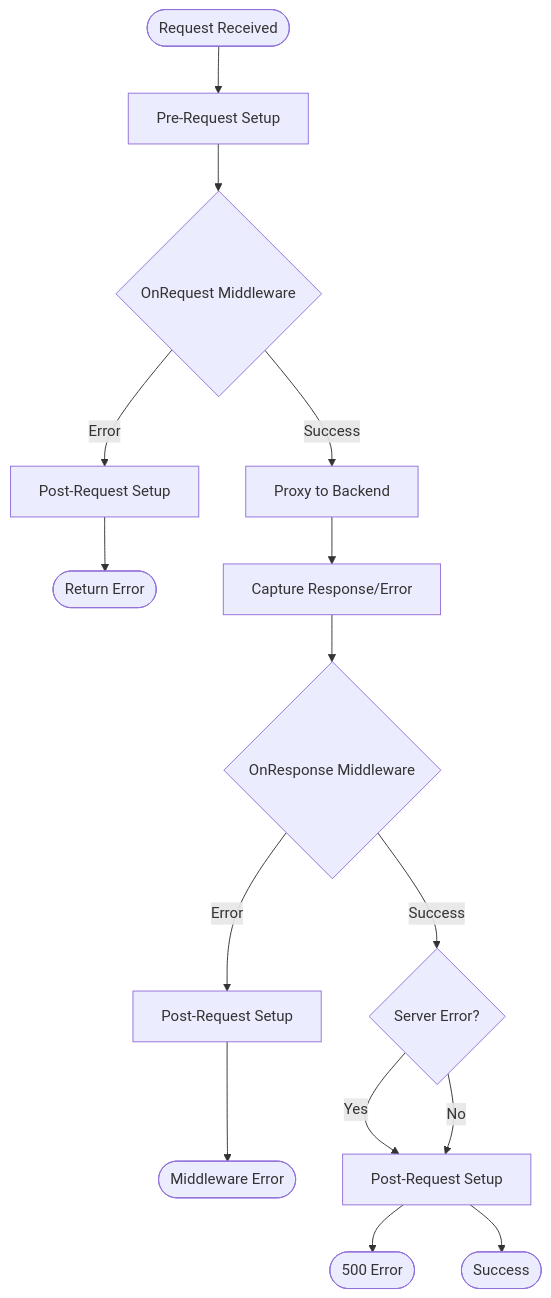
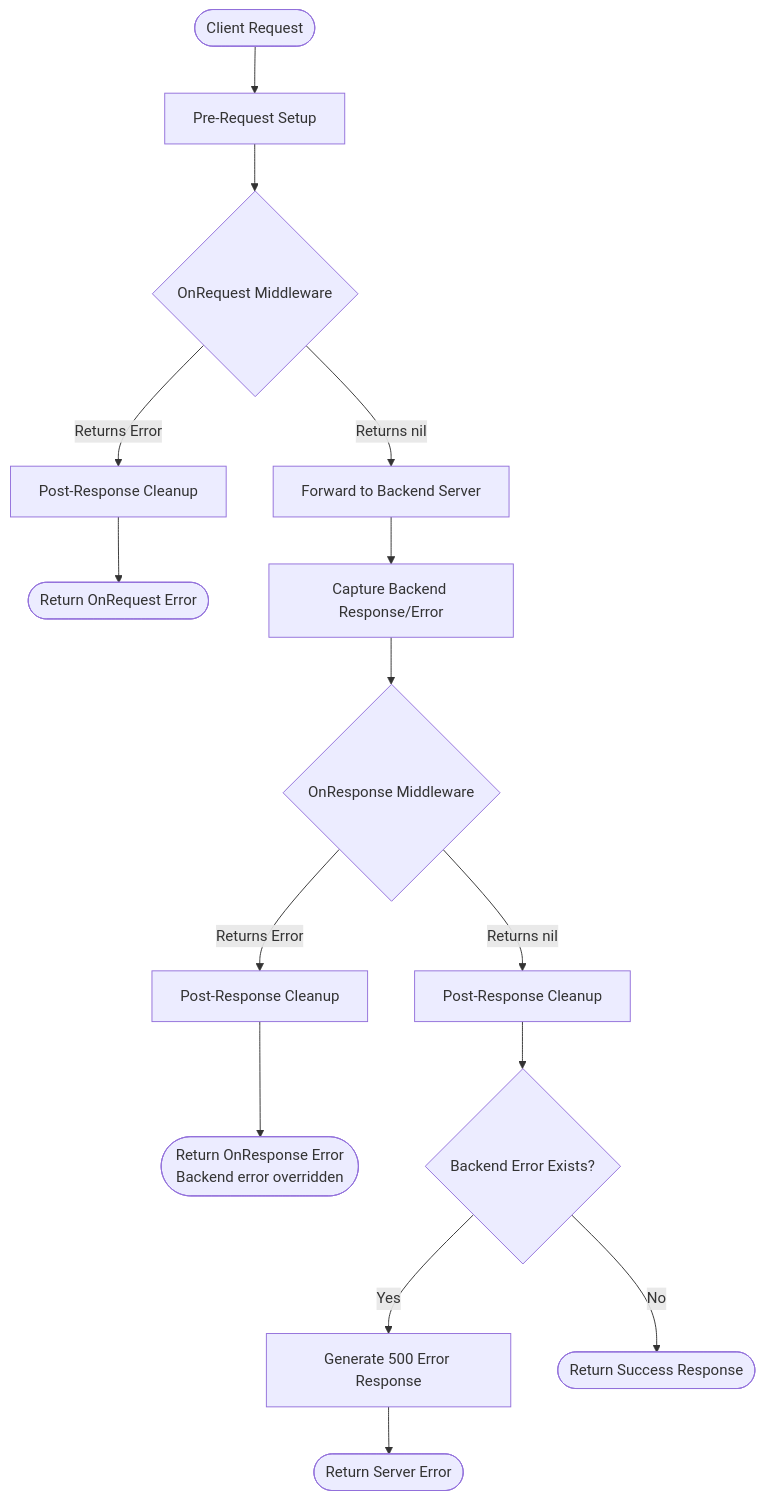
One commit to aaydin-tr/divisor changed the diagram in README.md. Above: the diagram before and after it, drawn with Mermaid. The commit also changed other lines of this file, not shown here.

````diff
--- a/README.md
+++ b/README.md
@@ -231,17 +268,24 @@
 ```mermaid
 flowchart TD
-    Start([Request Received]) --> PreReq[Pre-Request Setup]
+    Start([Client Request]) --> PreReq[Pre-Request Setup]
     PreReq --> OnReq{OnRequest Middleware}
     
-    OnReq -->|Error| PostRes[Post-Request Setup] --> ReturnErr([Return Error])
-    OnReq -->|Success| Proxy[Proxy to Backend]
+    OnReq -->|Returns Error| PostRes1[Post-Response Cleanup]
+    PostRes1 --> ReturnErr([Return OnRequest Error])
     
-    Proxy --> CaptureErr[Capture Response/Error]
+    OnReq -->|Returns nil| Proxy[Forward to Backend Server]
+    
+    Proxy --> CaptureErr[Capture Backend Response/Error]
     CaptureErr --> OnRes{OnResponse Middleware}
     
-    OnRes -->|Error| Cleanup1[Post-Request Setup] --> ReturnMwErr([Middleware Error])
-    OnRes -->|Success| CheckErr{Server Error?}
+    OnRes -->|Returns Error| PostRes2[Post-Response Cleanup]
+    PostRes2 --> ReturnMwErr([Return OnResponse Error<br/>Backend error overridden])
     
-    CheckErr -->|Yes| Cleanup2[Post-Request Setup] --> ReturnServerErr([500 Error])
-    CheckErr -->|No| Cleanup2[Post-Request Setup] --> ReturnOK([Success])
+    OnRes -->|Returns nil| PostRes3[Post-Response Cleanup]
+    PostRes3 --> CheckBackendErr{Backend Error Exists?}
+    
+    CheckBackendErr -->|Yes| GenerateErr[Generate 500 Error Response]
+    GenerateErr --> ReturnServerErr([Return Server Error])
+    
+    CheckBackendErr -->|No| ReturnOK([Return Success Response])
 ```
````
